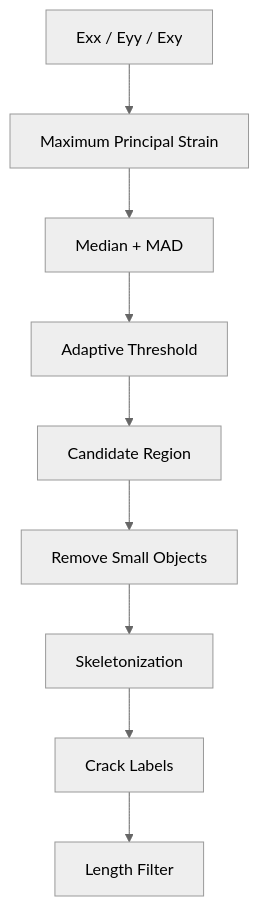
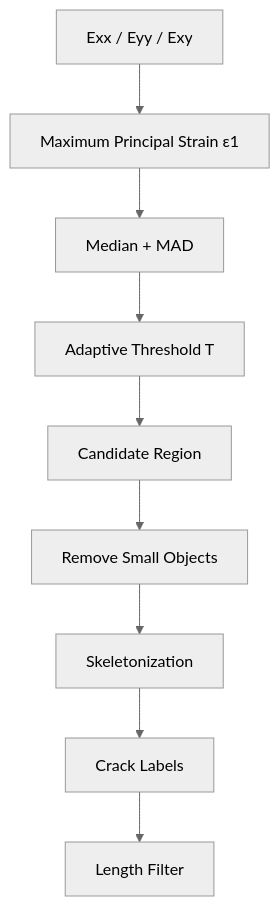
One commit to liqinglq666/CrackVision-DIC changed the third of 6 diagrams in README.md. Above: the diagram before and after it, drawn with Mermaid (neutral theme). The commit also changed other lines of this file, not shown here.

````diff
--- a/README.md
+++ b/README.md
@@ -354,11 +360,11 @@
 ```mermaid
 flowchart TD
-    A[Exx / Eyy / Exy] --> B[Maximum Principal Strain]
+    A[Exx / Eyy / Exy] --> B[Maximum Principal Strain ε1]
     B --> C[Median + MAD]
-    C --> D[Adaptive Threshold]
+    C --> D[Adaptive Threshold T]
     D --> E[Candidate Region]
     E --> F[Remove Small Objects]
     F --> G[Skeletonization]
     G --> H[Crack Labels]
     H --> I[Length Filter]
 ```
````
